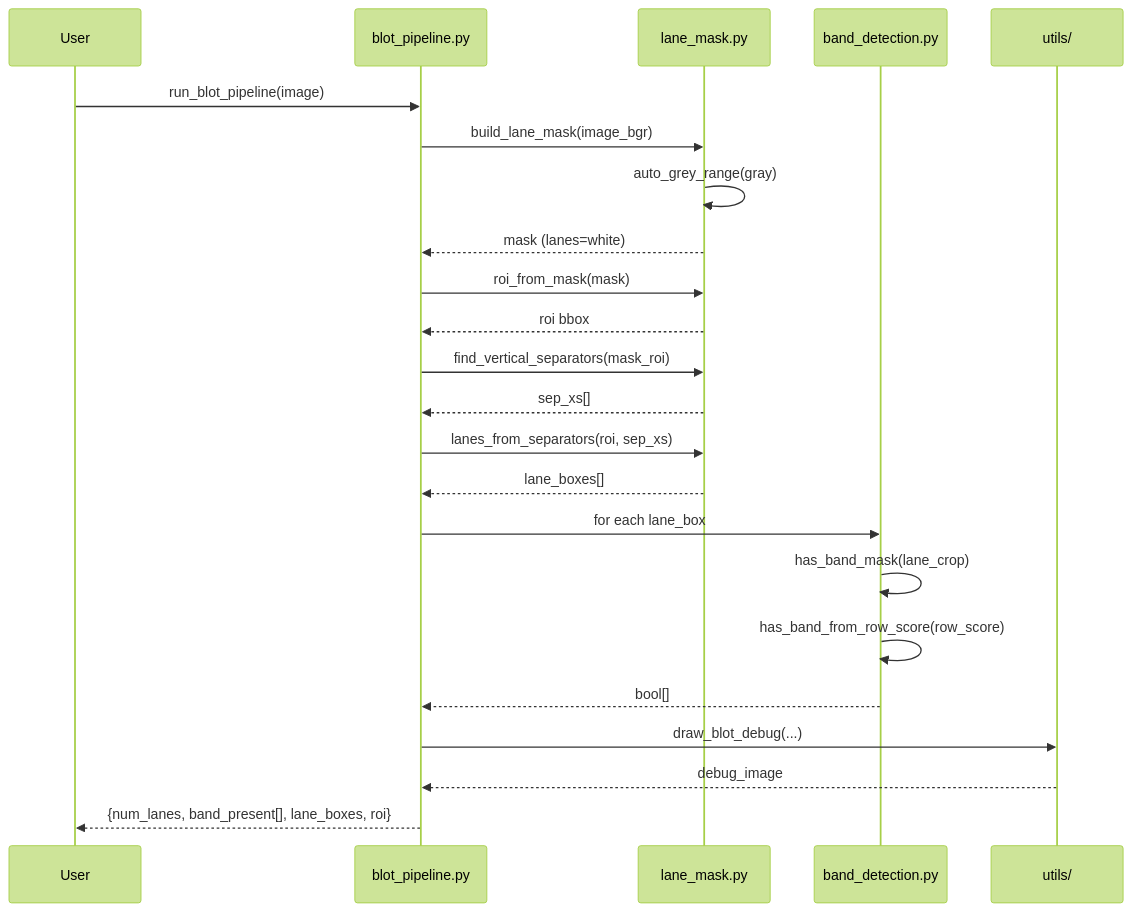
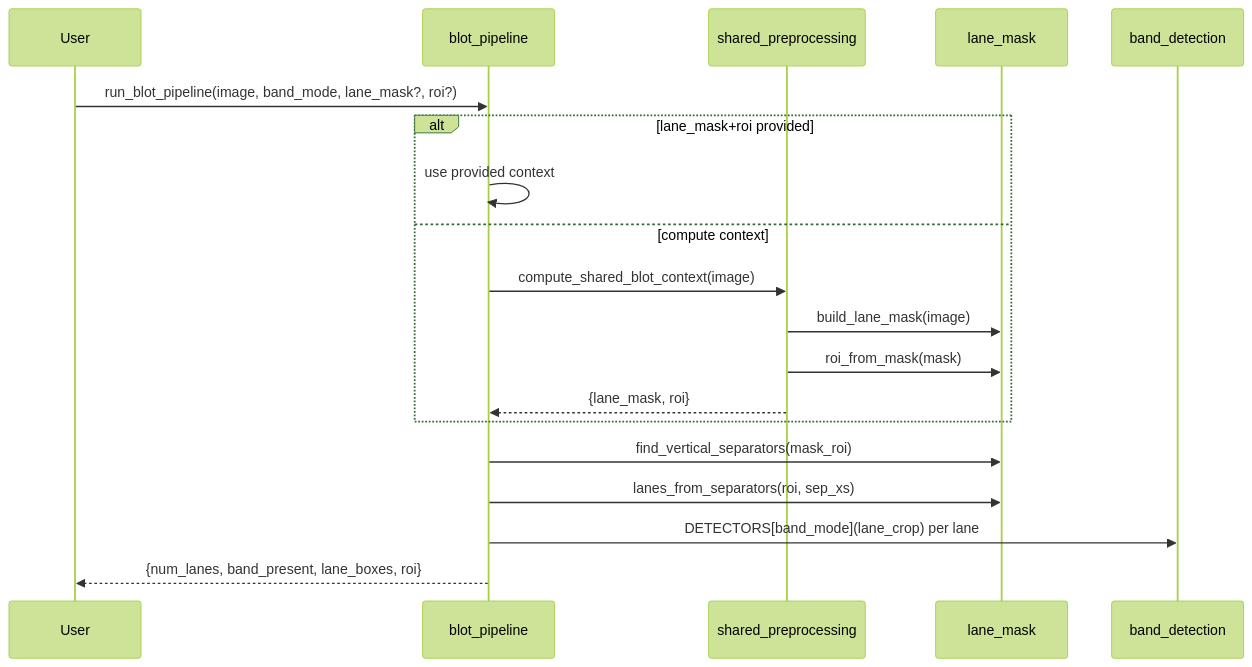
One commit to Ineshtandy/NeoBio-CV_Pipeline changed the fourth of 7 diagrams in DESIGN.md. Above: the diagram before and after it, drawn with Mermaid (forest theme). The commit also changed other lines of this file and 8 other files, not shown here.

Commit message:
Updated Readme.md, design.md. Added integrated pipeline with shared context single computation.

````diff
--- a/DESIGN.md
+++ b/DESIGN.md
@@ -323,32 +343,22 @@
 ```mermaid
 sequenceDiagram
     participant User
-    participant Pipeline as blot_pipeline.py
-    participant LM as lane_mask.py
-    participant BD as band_detection.py
-    participant Utils as utils/
+    participant BP as blot_pipeline
+    participant SP as shared_preprocessing
+    participant LM as lane_mask
+    participant BD as band_detection
 
-    User->>Pipeline: run_blot_pipeline(image)
-    Pipeline->>LM: build_lane_mask(image_bgr)
-    LM->>LM: auto_grey_range(gray)
-    LM-->>Pipeline: mask (lanes=white)
-    
-    Pipeline->>LM: roi_from_mask(mask)
-    LM-->>Pipeline: roi bbox
-    
-    Pipeline->>LM: find_vertical_separators(mask_roi)
-    LM-->>Pipeline: sep_xs[]
-    
-    Pipeline->>LM: lanes_from_separators(roi, sep_xs)
-    LM-->>Pipeline: lane_boxes[]
-    
-    Pipeline->>BD: for each lane_box
-    BD->>BD: has_band_mask(lane_crop)
-    BD->>BD: has_band_from_row_score(row_score)
-    BD-->>Pipeline: bool[]
-    
-    Pipeline->>Utils: draw_blot_debug(...)
-    Utils-->>Pipeline: debug_image
-    
-    Pipeline-->>User: {num_lanes, band_present[], lane_boxes, roi}
+    User->>BP: run_blot_pipeline(image, band_mode, lane_mask?, roi?)
+    alt lane_mask+roi provided
+        BP->>BP: use provided context
+    else compute context
+        BP->>SP: compute_shared_blot_context(image)
+        SP->>LM: build_lane_mask(image)
+        SP->>LM: roi_from_mask(mask)
+        SP-->>BP: {lane_mask, roi}
+    end
+    BP->>LM: find_vertical_separators(mask_roi)
+    BP->>LM: lanes_from_separators(roi, sep_xs)
+    BP->>BD: DETECTORS[band_mode](lane_crop) per lane
+    BP-->>User: {num_lanes, band_present, lane_boxes, roi}
 ```
````
